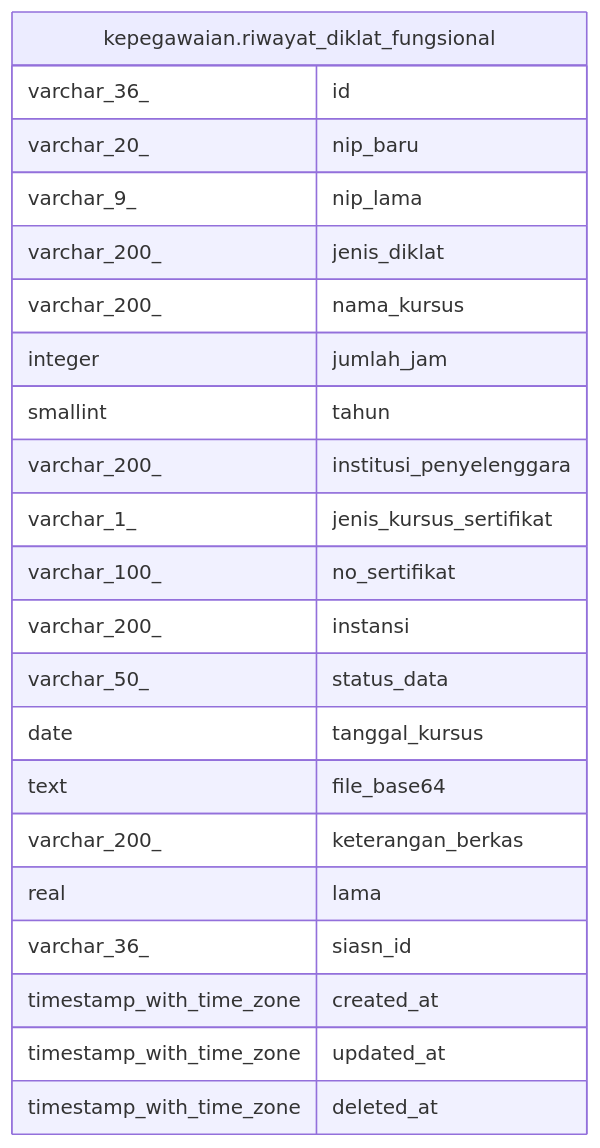
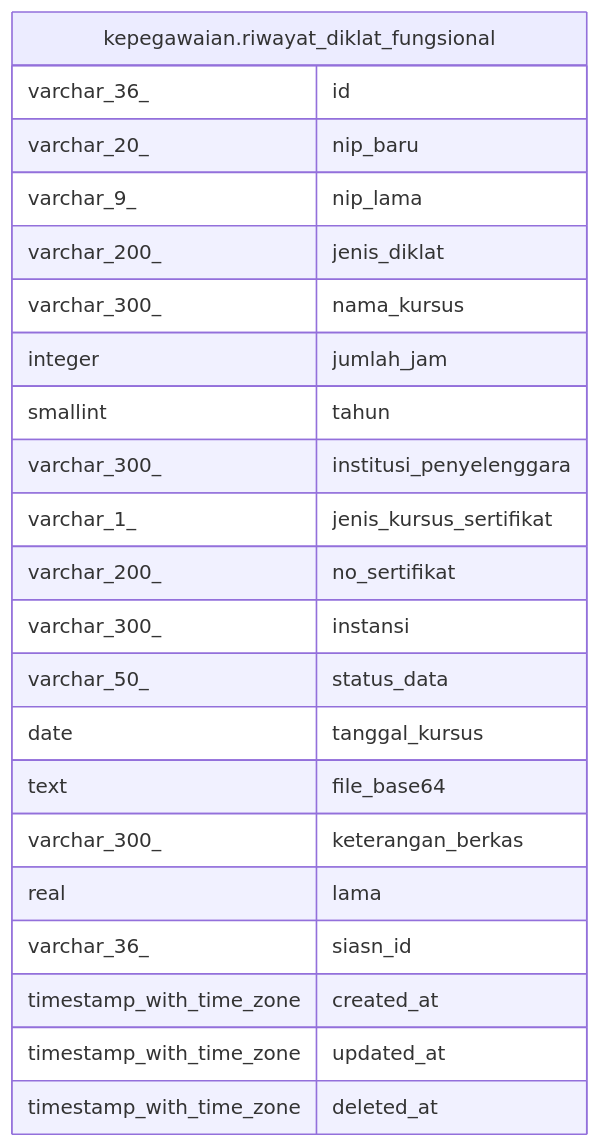
Before and after one commit to nandanugg/triforce.nvim: the diagram in services/kepegawaian/docs/db/kepegawaian.riwayat_diklat_fungsional.md, drawn with Mermaid. The commit also changed other lines of this file and 31 other files, not shown here.

````diff
--- a/services/kepegawaian/docs/db/kepegawaian.riwayat_diklat_fungsional.md
+++ b/services/kepegawaian/docs/db/kepegawaian.riwayat_diklat_fungsional.md
@@ -46,27 +46,27 @@
 ```mermaid
 erDiagram
 
 
 "kepegawaian.riwayat_diklat_fungsional" {
   varchar_36_ id
   varchar_20_ nip_baru
   varchar_9_ nip_lama
   varchar_200_ jenis_diklat
-  varchar_200_ nama_kursus
+  varchar_300_ nama_kursus
   integer jumlah_jam
   smallint tahun
-  varchar_200_ institusi_penyelenggara
+  varchar_300_ institusi_penyelenggara
   varchar_1_ jenis_kursus_sertifikat
-  varchar_100_ no_sertifikat
-  varchar_200_ instansi
+  varchar_200_ no_sertifikat
+  varchar_300_ instansi
   varchar_50_ status_data
   date tanggal_kursus
   text file_base64
-  varchar_200_ keterangan_berkas
+  varchar_300_ keterangan_berkas
   real lama
   varchar_36_ siasn_id
   timestamp_with_time_zone created_at
   timestamp_with_time_zone updated_at
   timestamp_with_time_zone deleted_at
 }
 ```
````
